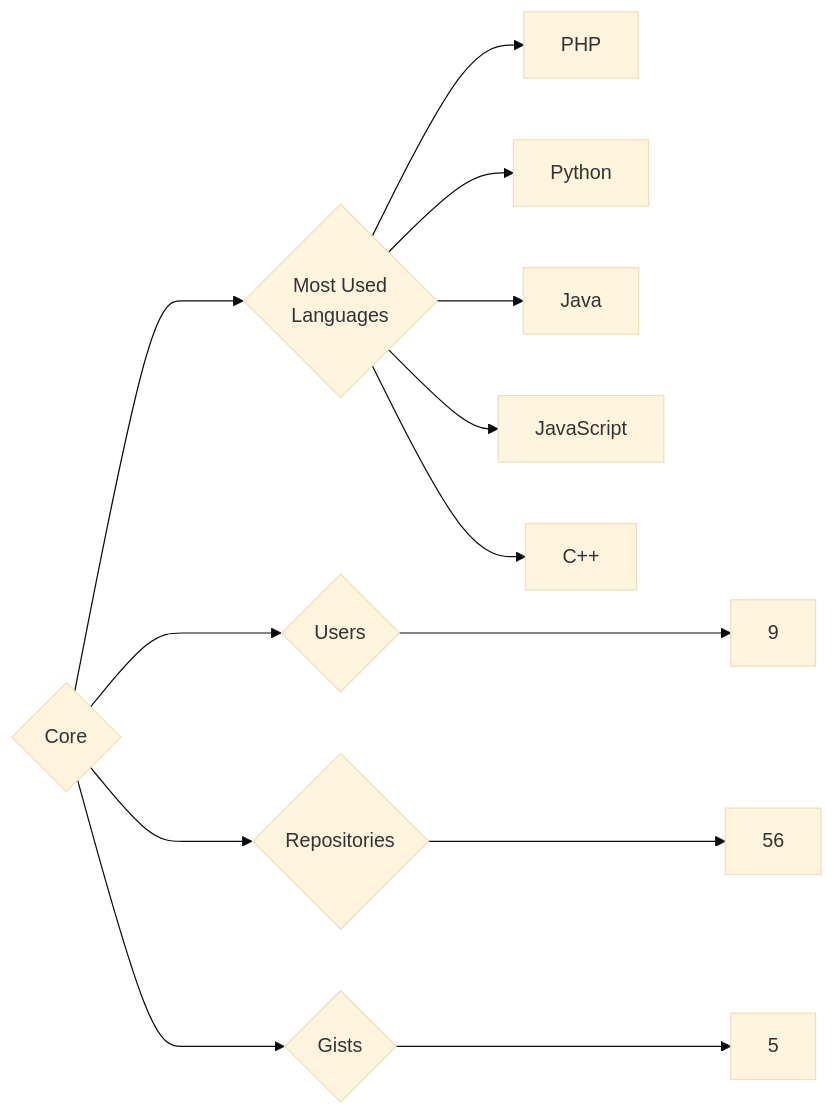
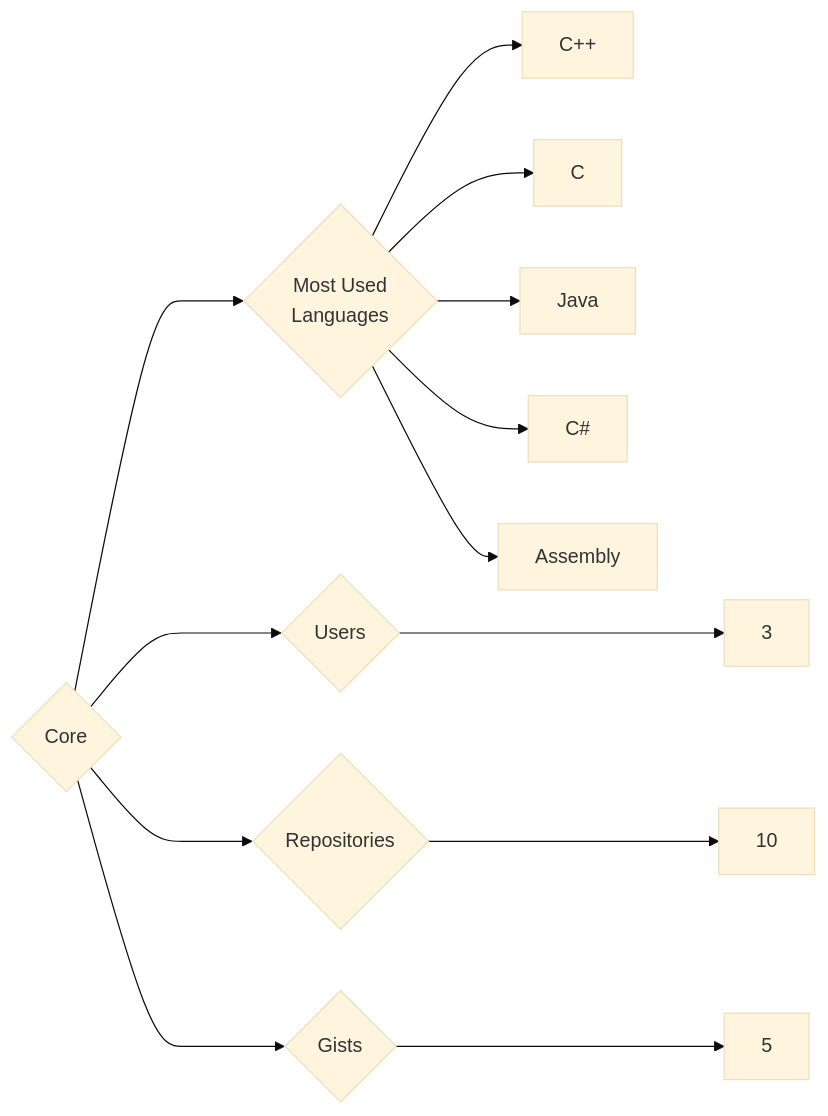
The diagram in targets/Core/README.md (trickest/insiders), drawn with Mermaid (base theme) before and after one commit. The commit also changed 1092 other files, not shown here.

````diff
--- a/targets/Core/README.md
+++ b/targets/Core/README.md
@@ -3,13 +3,13 @@
 ```mermaid
 graph LR
 COMPANY_NAME{Core}
-COMPANY_NAME ---> U{Users} ---> UN[9]
-COMPANY_NAME ---> R{Repositories} ---> RN[56]
+COMPANY_NAME ---> U{Users} ---> UN[3]
+COMPANY_NAME ---> R{Repositories} ---> RN[10]
 COMPANY_NAME ---> G{Gists} ---> GN[5]
 COMPANY_NAME ---> ML{Most Used<br>Languages}
-ML --> PHP[PHP]
-ML --> Python[Python]
+ML --> C++[C++]
+ML --> C[C]
 ML --> Java[Java]
-ML --> JavaScript[JavaScript]
-ML --> C++[C++]
+ML --> C#[C#]
+ML --> Assembly[Assembly]
 ```
````
